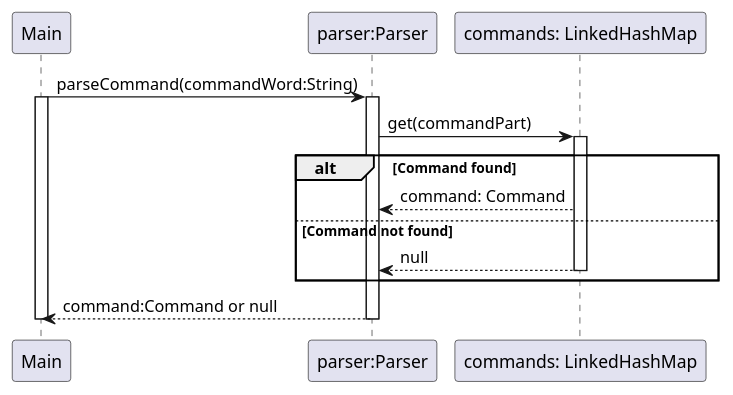
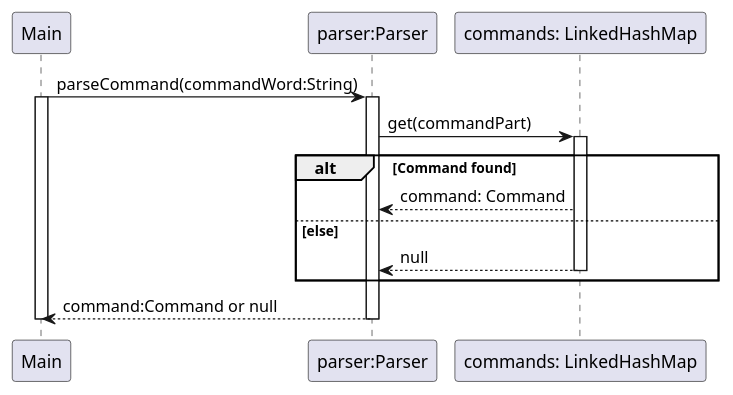
Before and after one commit to nus-cs2113-AY2425S1/tp: the second of 4 diagrams in docs/plantUMLCode/parser-class-diagram.puml, drawn with PlantUML. The commit also changed other lines of this file and 3 other files, not shown here.

Commit message:
Add new diagram for Parser

```diff
--- a/docs/plantUMLCode/parser-class-diagram.puml
+++ b/docs/plantUMLCode/parser-class-diagram.puml
@@ -42,21 +42,21 @@
 @startuml
 participant "Main" as Main
 
 participant "parser:Parser" as Parser
 Main -> Parser: parseCommand(commandWord:String)
 activate Main
 activate Parser
 
 Parser -> "commands: LinkedHashMap" as CommandMap: get(commandPart)
 activate CommandMap
 alt Command found
     CommandMap --> Parser: command: Command
-else Command not found
+else else
     CommandMap --> Parser: null
     deactivate CommandMap
 end
 
 Parser --> Main: command:Command or null
 deactivate Parser
 deactivate Main
 @enduml
```
